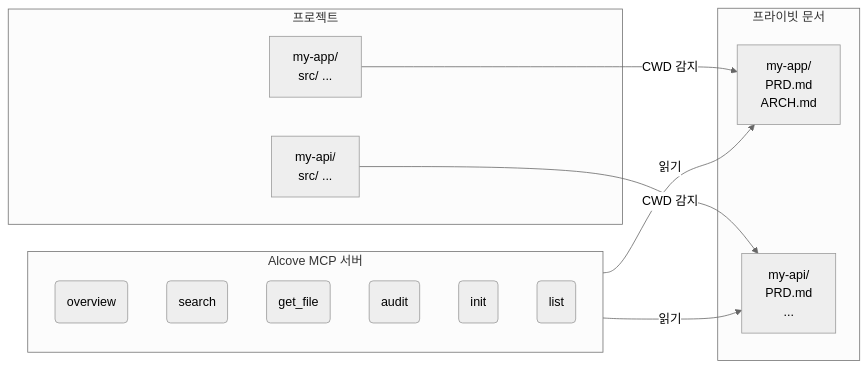
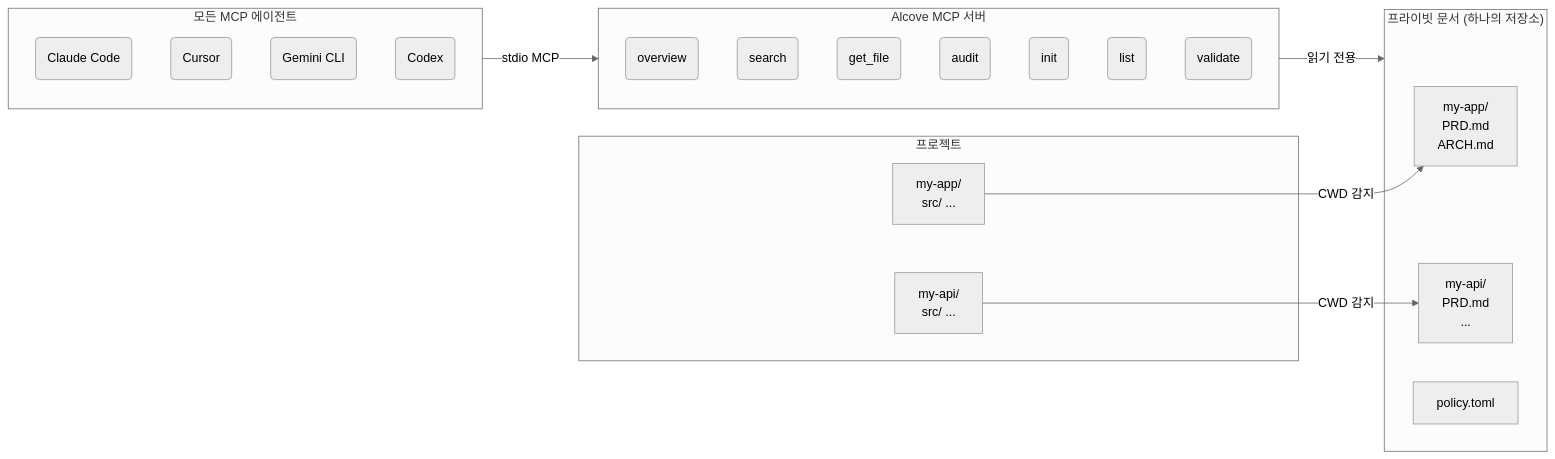
The diagram in docs/README.ko.md (redxzeta/Icecove), drawn with Mermaid (neutral theme) before and after one commit. The commit also changed other lines of this file and 9 other files, not shown here.

````diff
--- a/docs/README.ko.md
+++ b/docs/README.ko.md
@@ -77,26 +106,35 @@
 ```mermaid
 flowchart LR
     subgraph Projects["프로젝트"]
         A1["my-app/\n  src/ ..."]
         A2["my-api/\n  src/ ..."]
     end
 
-    subgraph Docs["프라이빗 문서"]
+    subgraph Docs["프라이빗 문서 (하나의 저장소)"]
         D1["my-app/\n  PRD.md\n  ARCH.md"]
         D2["my-api/\n  PRD.md\n  ..."]
+        P1["policy.toml"]
+    end
+
+    subgraph Agents["모든 MCP 에이전트"]
+        AG1(Claude Code)
+        AG2(Cursor)
+        AG3(Gemini CLI)
+        AG4(Codex)
     end
 
     subgraph MCP["Alcove MCP 서버"]
         T1(overview)
         T2(search)
         T3(get_file)
         T4(audit)
         T5(init)
         T6(list)
+        T7(validate)
     end
 
     A1 -- "CWD 감지" --> D1
     A2 -- "CWD 감지" --> D2
-    MCP -- "읽기" --> D1
-    MCP -- "읽기" --> D2
+    Agents -- "stdio MCP" --> MCP
+    MCP -- "읽기 전용" --> Docs
 ```
````
